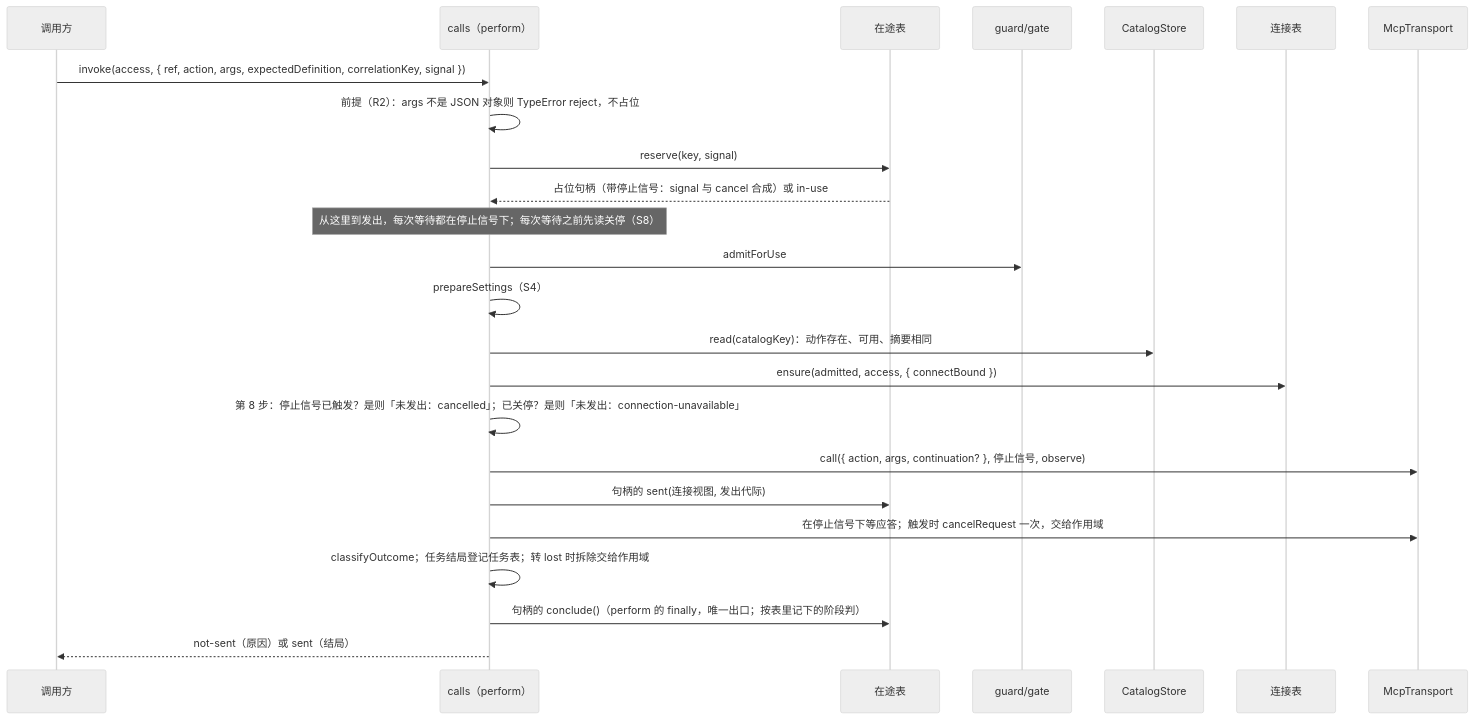
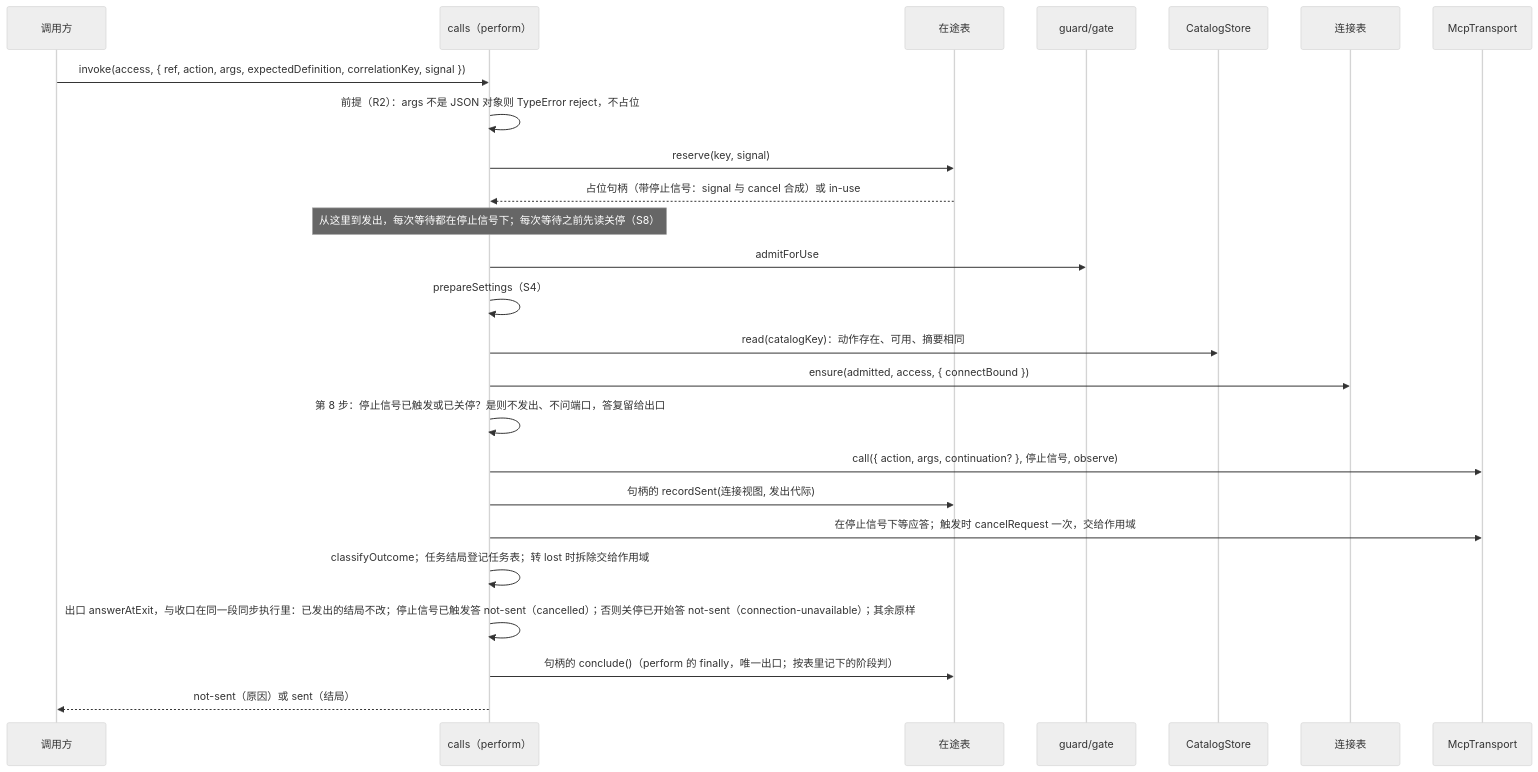
The third of 3 diagrams in packages/mcp/mcp/docs/flows.md (nemori-ai/omne-harness-lite), drawn with Mermaid (neutral theme) before and after one commit. The commit also changed other lines of this file and 6 other files, not shown here.

````diff
--- a/packages/mcp/mcp/docs/flows.md
+++ b/packages/mcp/mcp/docs/flows.md
@@ -66,26 +66,27 @@
 ```mermaid
 sequenceDiagram
     participant C as 调用方
     participant I as calls（perform）
     participant F as 在途表
     participant G as guard/gate
     participant S as CatalogStore
     participant T as 连接表
     participant X as McpTransport
     C->>I: invoke(access, { ref, action, args, expectedDefinition, correlationKey, signal })
     I->>I: 前提（R2）：args 不是 JSON 对象则 TypeError reject，不占位
     I->>F: reserve(key, signal)
     F-->>I: 占位句柄（带停止信号：signal 与 cancel 合成）或 in-use
     note over I: 从这里到发出，每次等待都在停止信号下；每次等待之前先读关停（S8）
     I->>G: admitForUse
     I->>I: prepareSettings（S4）
     I->>S: read(catalogKey)：动作存在、可用、摘要相同
     I->>T: ensure(admitted, access, { connectBound })
-    I->>I: 第 8 步：停止信号已触发？是则「未发出：cancelled」；已关停？是则「未发出：connection-unavailable」
+    I->>I: 第 8 步：停止信号已触发或已关停？是则不发出、不问端口，答复留给出口
     I->>X: call({ action, args, continuation? }, 停止信号, observe)
-    I->>F: 句柄的 sent(连接视图, 发出代际)
+    I->>F: 句柄的 recordSent(连接视图, 发出代际)
     I->>X: 在停止信号下等应答；触发时 cancelRequest 一次，交给作用域
     I->>I: classifyOutcome；任务结局登记任务表；转 lost 时拆除交给作用域
+    I->>I: 出口 answerAtExit，与收口在同一段同步执行里：已发出的结局不改；停止信号已触发答 not-sent（cancelled）；否则关停已开始答 not-sent（connection-unavailable）；其余原样
     I->>F: 句柄的 conclude()（perform 的 finally，唯一出口；按表里记下的阶段判）
     I-->>C: not-sent（原因）或 sent（结局）
 ```
````
